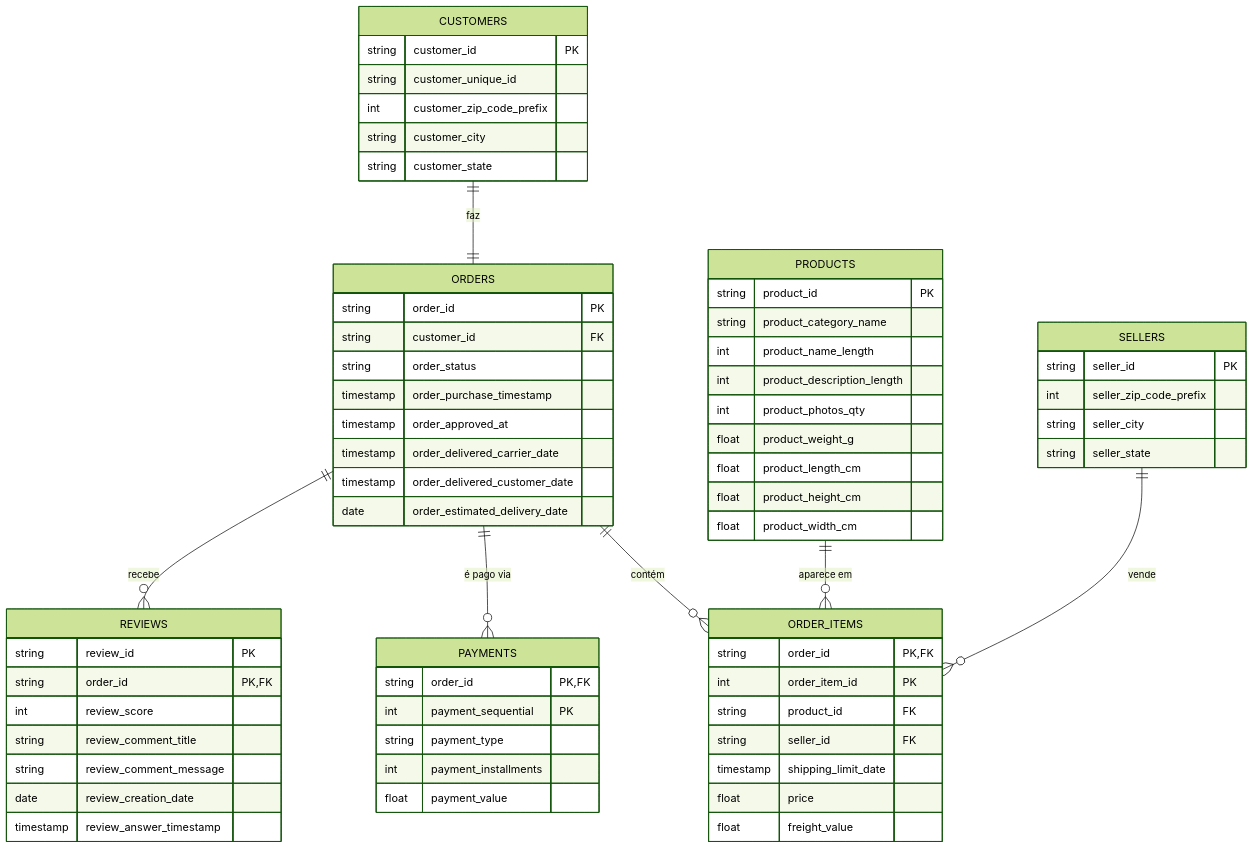
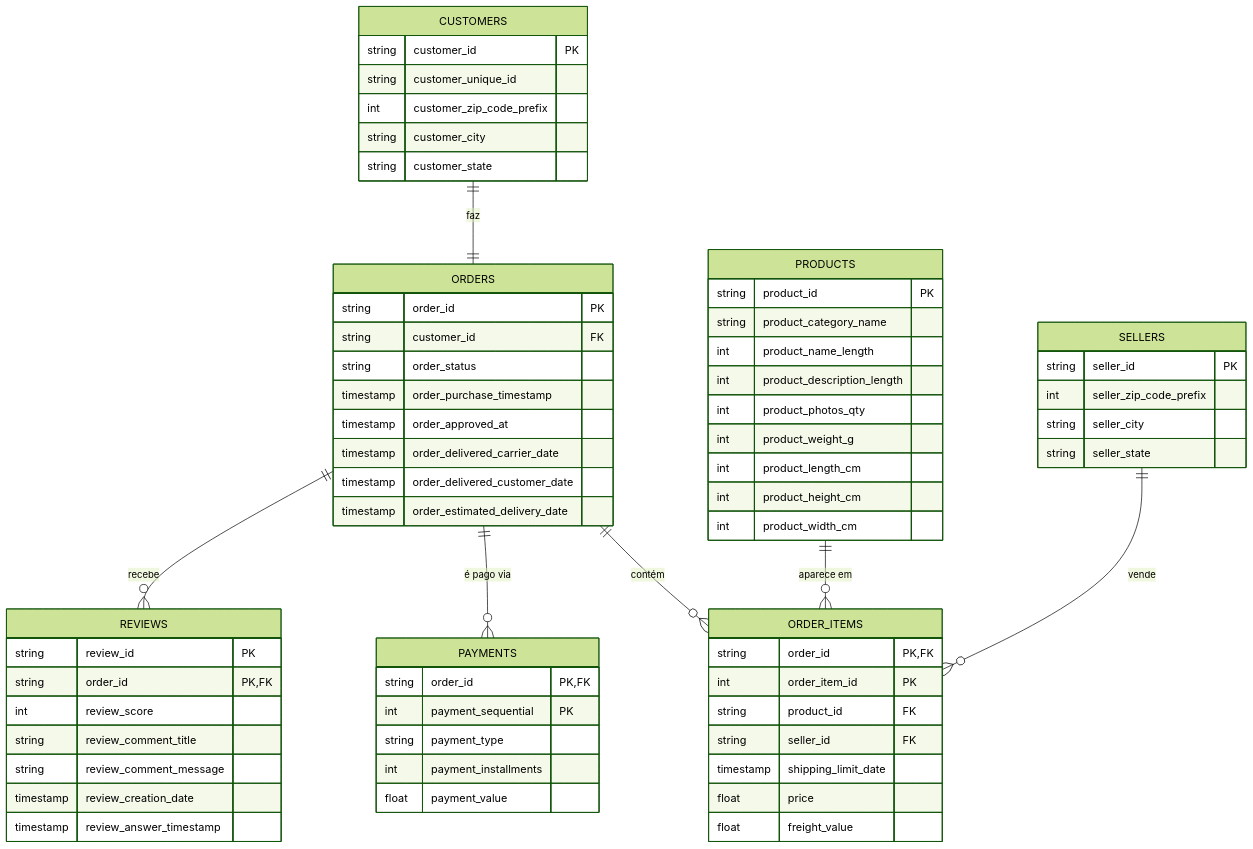
Before and after one commit to suecm03/brazilian_ecommerce: the diagram in docs/erd.md, drawn with Mermaid (forest theme).

Commit message:
fix: ajusta texto explicativo da modelagem.

````diff
--- a/docs/erd.md
+++ b/docs/erd.md
@@ -5,76 +5,76 @@
 ```mermaid
 erDiagram
 
     ORDER_ITEMS {
         string order_id PK, FK
         int order_item_id PK
         string product_id FK
         string seller_id FK
         timestamp shipping_limit_date
         float price
         float freight_value
     }
 
     PAYMENTS {
         string order_id PK, FK
         int payment_sequential PK
         string payment_type
         int payment_installments
         float payment_value
     }
 
     REVIEWS {
         string review_id PK
         string order_id PK, FK
         int review_score
         string review_comment_title
         string review_comment_message
-        date review_creation_date
+        timestamp review_creation_date
         timestamp review_answer_timestamp
     }
 
     ORDERS {
         string order_id PK
         string customer_id FK
         string order_status
         timestamp order_purchase_timestamp
         timestamp order_approved_at
         timestamp order_delivered_carrier_date
         timestamp order_delivered_customer_date
-        date order_estimated_delivery_date
+        timestamp order_estimated_delivery_date
     }
 
     CUSTOMERS {
         string customer_id PK
         string customer_unique_id
         int customer_zip_code_prefix
         string customer_city
         string customer_state
     }
 
     PRODUCTS {
         string product_id PK
         string product_category_name
         int product_name_length
         int product_description_length
         int product_photos_qty
-        float product_weight_g
-        float product_length_cm
-        float product_height_cm
-        float product_width_cm
+        int product_weight_g
+        int product_length_cm
+        int product_height_cm
+        int product_width_cm
     }
 
     SELLERS {
         string seller_id PK
         int seller_zip_code_prefix
         string seller_city
         string seller_state
     }
 
     CUSTOMERS ||--|| ORDERS : "faz"
     ORDERS ||--o{ ORDER_ITEMS : "contém"
     PRODUCTS ||--o{ ORDER_ITEMS : "aparece em"
     SELLERS ||--o{ ORDER_ITEMS : "vende"
     ORDERS ||--o{ PAYMENTS : "é pago via"
     ORDERS ||--o{ REVIEWS : "recebe"
 ```
````
